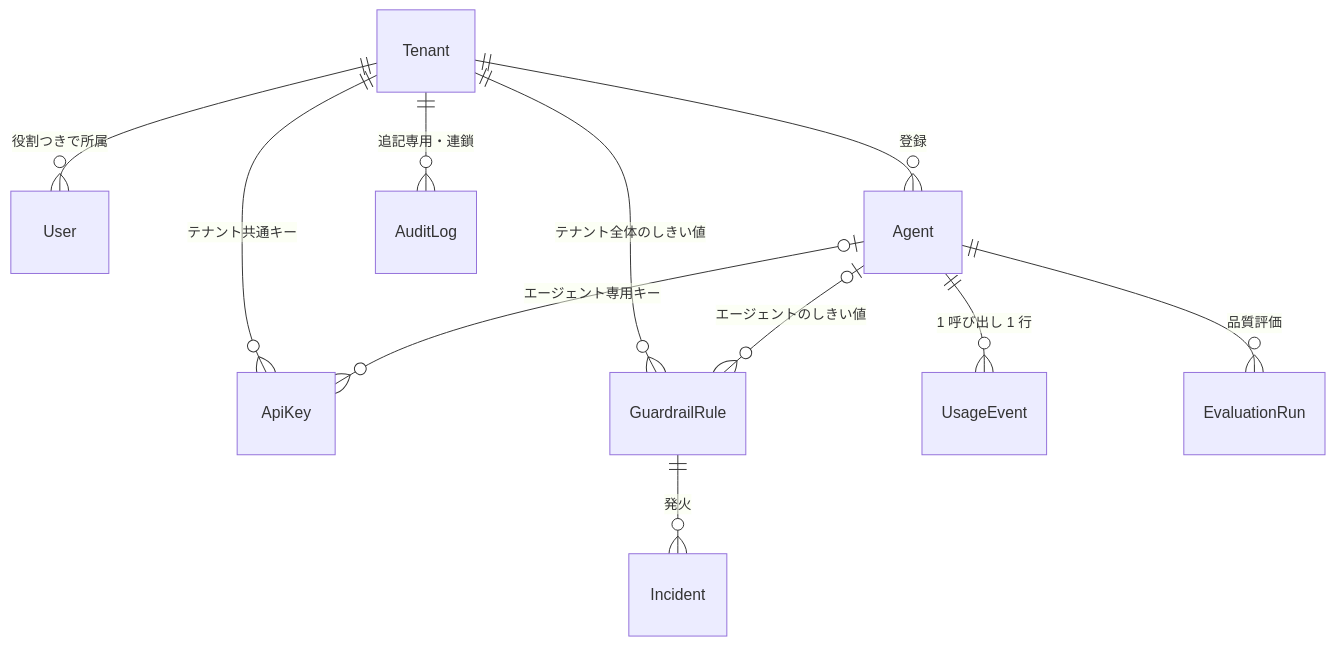
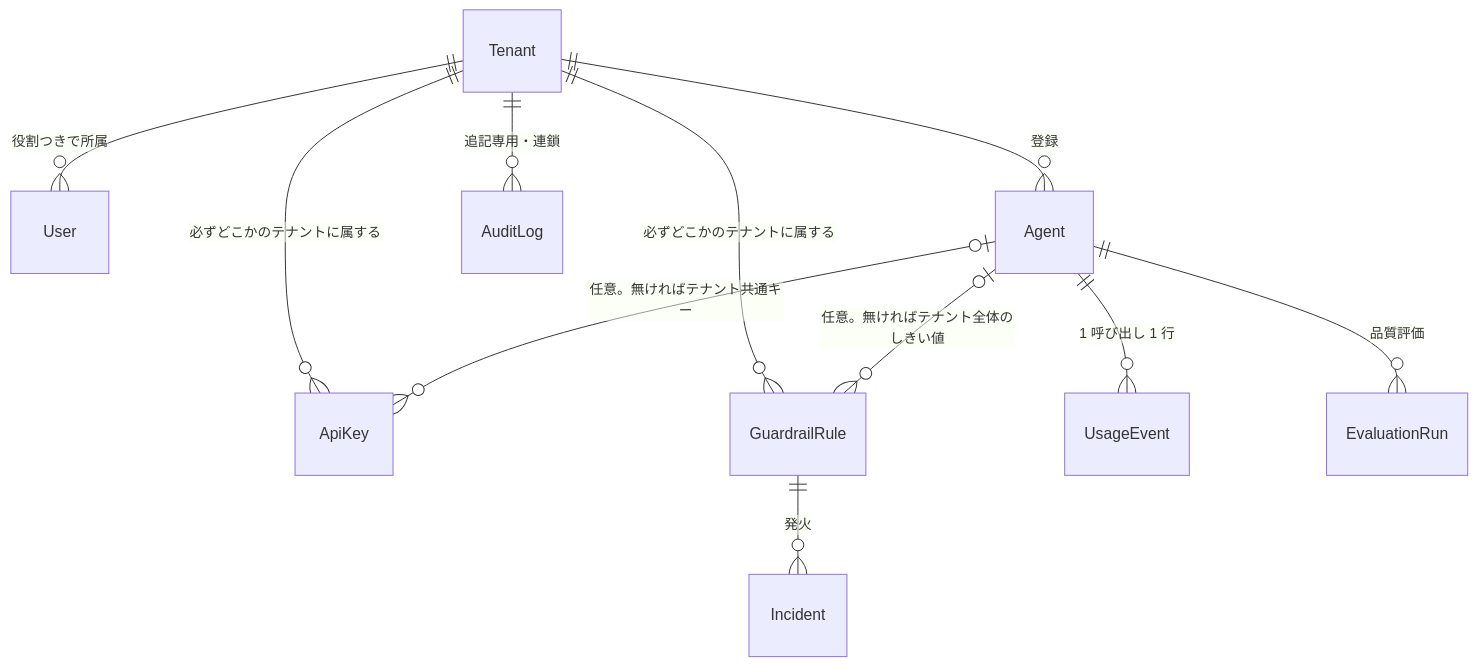
One commit to izumacha/agent-ops changed the fourth of 4 diagrams in docs/overview.md. Above: the diagram before and after it, drawn with Mermaid. The commit also changed other lines of this file, not shown here.

````diff
--- a/docs/overview.md
+++ b/docs/overview.md
@@ -161,13 +169,13 @@
 ```mermaid
 erDiagram
   Tenant ||--o{ User : "役割つきで所属"
   Tenant ||--o{ Agent : "登録"
-  Tenant ||--o{ ApiKey : "テナント共通キー"
-  Tenant ||--o{ GuardrailRule : "テナント全体のしきい値"
-  Agent |o--o{ ApiKey : "エージェント専用キー"
+  Tenant ||--o{ ApiKey : "必ずどこかのテナントに属する"
+  Tenant ||--o{ GuardrailRule : "必ずどこかのテナントに属する"
+  Agent |o--o{ ApiKey : "任意。無ければテナント共通キー"
   Agent ||--o{ UsageEvent : "1 呼び出し 1 行"
-  Agent |o--o{ GuardrailRule : "エージェントのしきい値"
+  Agent |o--o{ GuardrailRule : "任意。無ければテナント全体のしきい値"
   GuardrailRule ||--o{ Incident : "発火"
   Agent ||--o{ EvaluationRun : "品質評価"
   Tenant ||--o{ AuditLog : "追記専用・連鎖"
 ```
````
